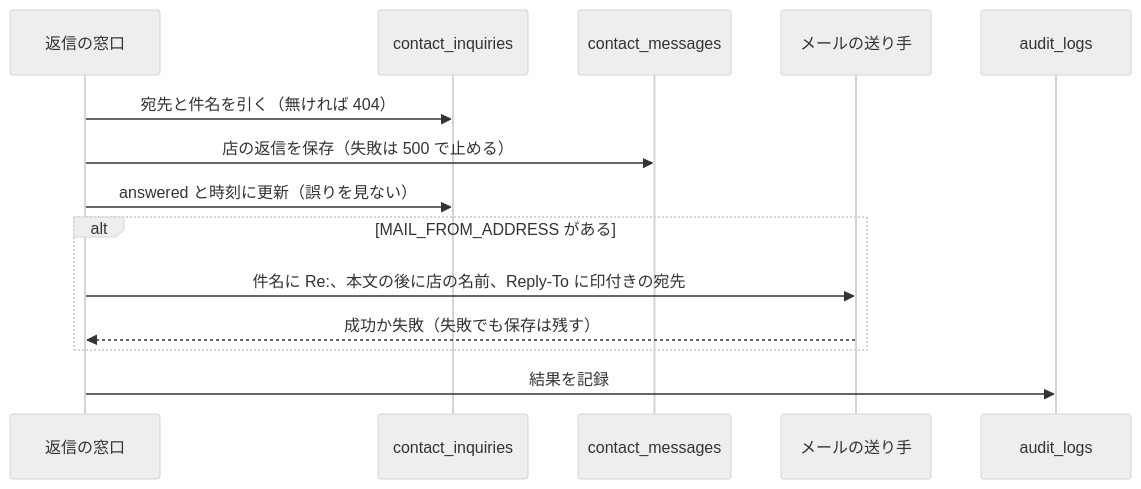
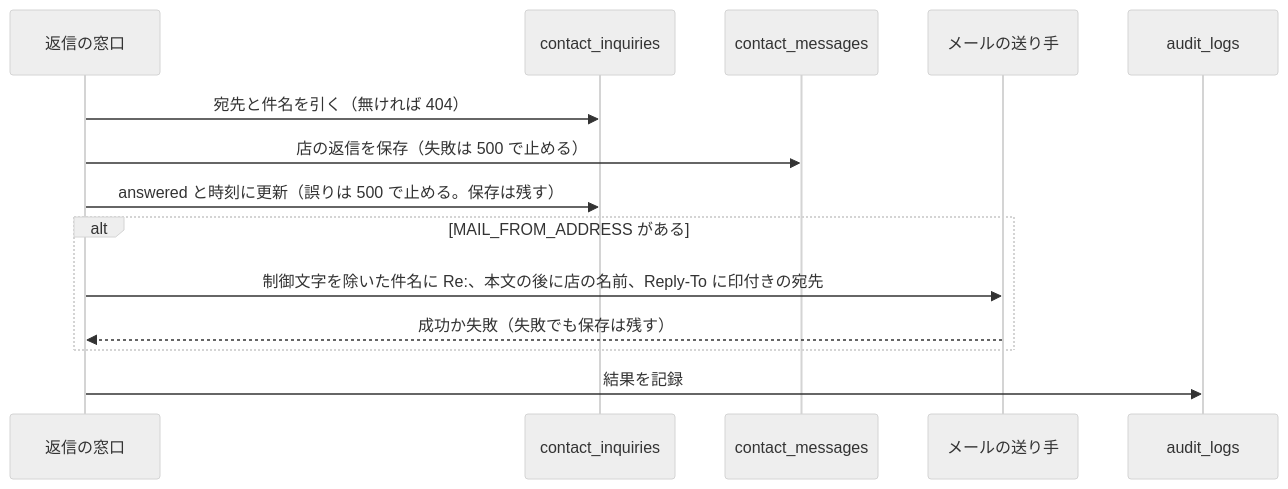
The fourth of 4 diagrams in docs/03_BasicDesign/areas/admin.md (ChocoWork/o_official), drawn with Mermaid (neutral theme) before and after one commit. The commit also changed other lines of this file and 177 other files, not shown here.

````diff
--- a/docs/03_BasicDesign/areas/admin.md
+++ b/docs/03_BasicDesign/areas/admin.md
@@ -395,16 +400,16 @@
 ```mermaid
 sequenceDiagram
   participant R as 返信の窓口
   participant I as contact_inquiries
   participant M as contact_messages
   participant S as メールの送り手
   participant L as audit_logs
   R->>I: 宛先と件名を引く（無ければ 404）
   R->>M: 店の返信を保存（失敗は 500 で止める）
-  R->>I: answered と時刻に更新（誤りを見ない）
+  R->>I: answered と時刻に更新（誤りは 500 で止める。保存は残す）
   alt MAIL_FROM_ADDRESS がある
-    R->>S: 件名に Re:、本文の後に店の名前、Reply-To に印付きの宛先
+    R->>S: 制御文字を除いた件名に Re:、本文の後に店の名前、Reply-To に印付きの宛先
     S-->>R: 成功か失敗（失敗でも保存は残す）
   end
   R->>L: 結果を記録
 ```
````
